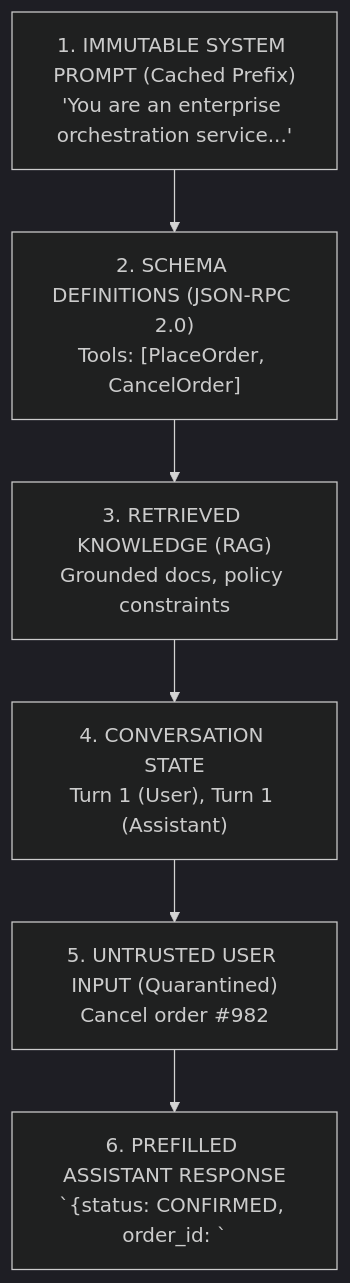
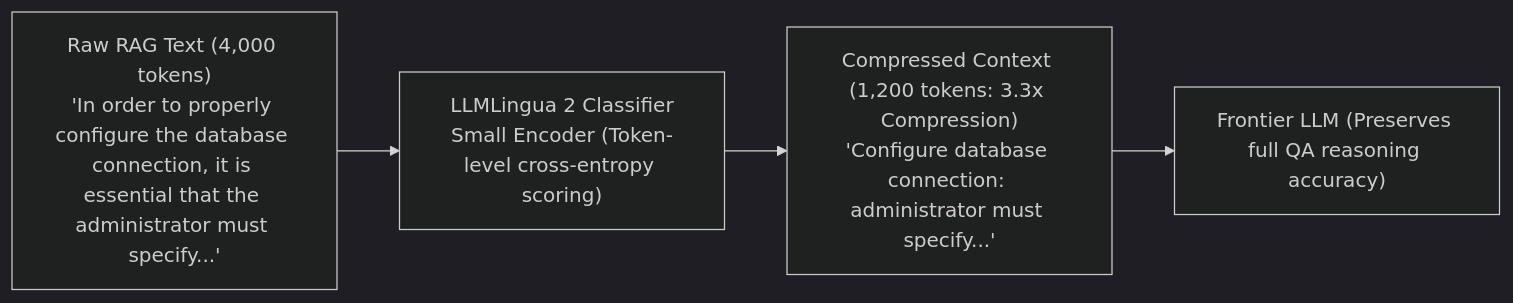
The ninth of 13 diagrams in 01-prompt-and-context-engineering/README.md (dip4k/senior-engineer-to-ai-engineer-roadmap), drawn with Mermaid (dark theme) before and after one commit. The commit also changed other lines of this file and 15 other files, not shown here.

Commit message:
Complete 2026 AI Engineer roadmap enhancements: Context Engineering master discipline, Agent Memory lab, reasoning models, EU AI Act governance guide, Top 15 beginner mistakes, and diagram sanity pass

````diff
--- a/01-prompt-and-context-engineering/README.md
+++ b/01-prompt-and-context-engineering/README.md
@@ -45,11 +529,6 @@
 ```mermaid
-flowchart TD
-    S1["1. IMMUTABLE SYSTEM PROMPT (Cached Prefix)\n'You are an enterprise orchestration service...'"]
-    S2["2. SCHEMA DEFINITIONS (JSON-RPC 2.0)\nTools: [PlaceOrder, CancelOrder]"]
-    S3["3. RETRIEVED KNOWLEDGE (RAG)\nGrounded docs, policy constraints"]
-    S4["4. CONVERSATION STATE\nTurn 1 (User), Turn 1 (Assistant)"]
-    S5["5. UNTRUSTED USER INPUT (Quarantined)\n<user_query>Cancel order #982</user_query>"]
-    S6["6. PREFILLED ASSISTANT RESPONSE\n`{status: CONFIRMED, order_id: `"]
-    
-    S1 --> S2 --> S3 --> S4 --> S5 --> S6
+flowchart LR
+    Raw["Raw RAG Text (4,000 tokens)\n'In order to properly configure the database connection, it is essential that the administrator must specify...'"] --> LLMLingua["LLMLingua 2 Classifier\nSmall Encoder (Token-level cross-entropy scoring)"]
+    LLMLingua --> Pruned["Compressed Context (1,200 tokens: 3.3x Compression)\n'Configure database connection: administrator must specify...'"]
+    Pruned --> LLM["Frontier LLM (Preserves full QA reasoning accuracy)"]
 ```
````
